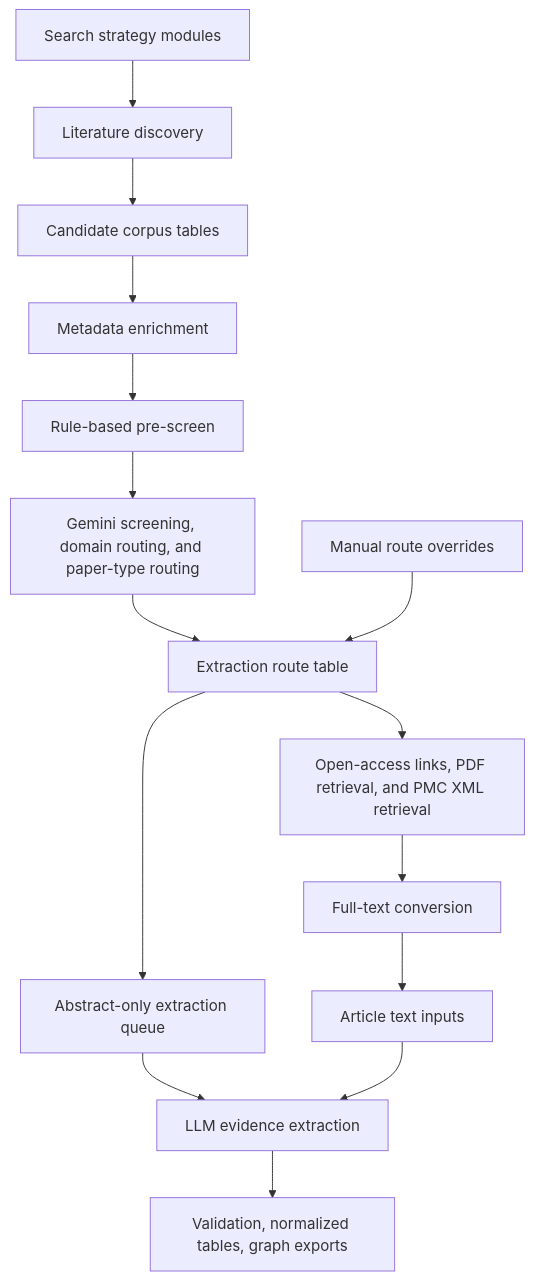
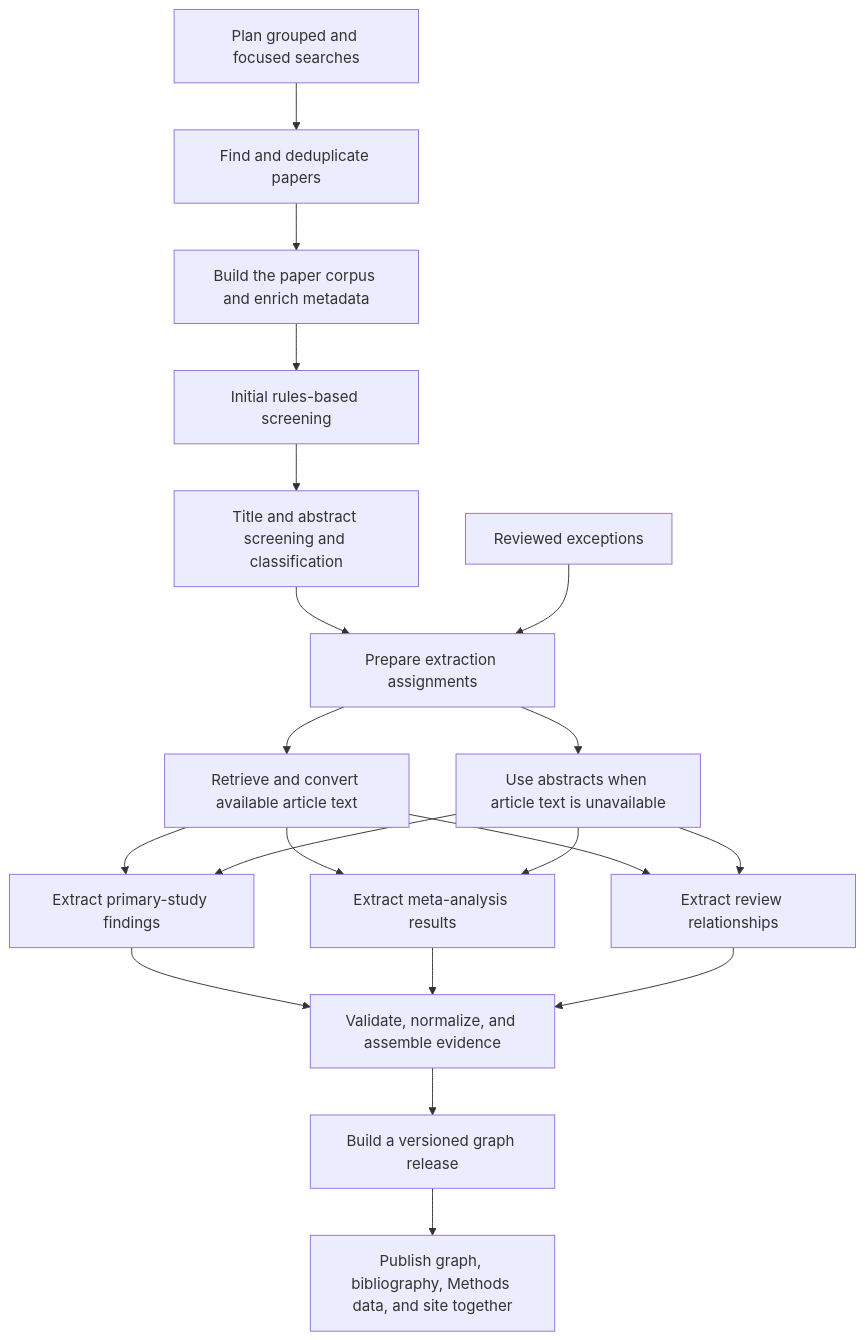
The diagram in pipeline/README.md (povilaskarvelis/psychedelics_knowledge_graph), drawn with Mermaid before and after one commit. The commit also changed other lines of this file and 48 other files, not shown here.

Commit message:
Refine KG routing and graph admission logic

````diff
--- a/pipeline/README.md
+++ b/pipeline/README.md
@@ -17,17 +18,22 @@
 ```mermaid
 flowchart TD
-  A["Search strategy modules"] --> B["Literature discovery"]
-  B --> C["Candidate corpus tables"]
-  C --> D["Metadata enrichment"]
-  D --> E["Rule-based pre-screen"]
-  E --> G["Gemini screening, domain routing, and paper-type routing"]
-  G --> H["Extraction route table"]
-  I["Manual route overrides"] --> H
-  H --> J["Open-access links, PDF retrieval, and PMC XML retrieval"]
-  J --> K["Full-text conversion"]
-  H --> L["Abstract-only extraction queue"]
-  K --> M["Article text inputs"]
-  L --> N["LLM evidence extraction"]
-  M --> N
-  N --> O["Validation, normalized tables, graph exports"]
+  A["Plan grouped and focused searches"] --> B["Find and deduplicate papers"]
+  B --> C["Build the paper corpus and enrich metadata"]
+  C --> D["Initial rules-based screening"]
+  D --> E["Title and abstract screening and classification"]
+  E --> F["Prepare extraction assignments"]
+  G["Reviewed exceptions"] --> F
+  F --> H["Retrieve and convert available article text"]
+  F --> I["Use abstracts when article text is unavailable"]
+  H --> J["Extract primary-study findings"]
+  H --> K["Extract meta-analysis results"]
+  H --> L["Extract review relationships"]
+  I --> J
+  I --> K
+  I --> L
+  J --> M["Validate, normalize, and assemble evidence"]
+  K --> M
+  L --> M
+  M --> N["Build a versioned graph release"]
+  N --> O["Publish graph, bibliography, Methods data, and site together"]
 ```
````
